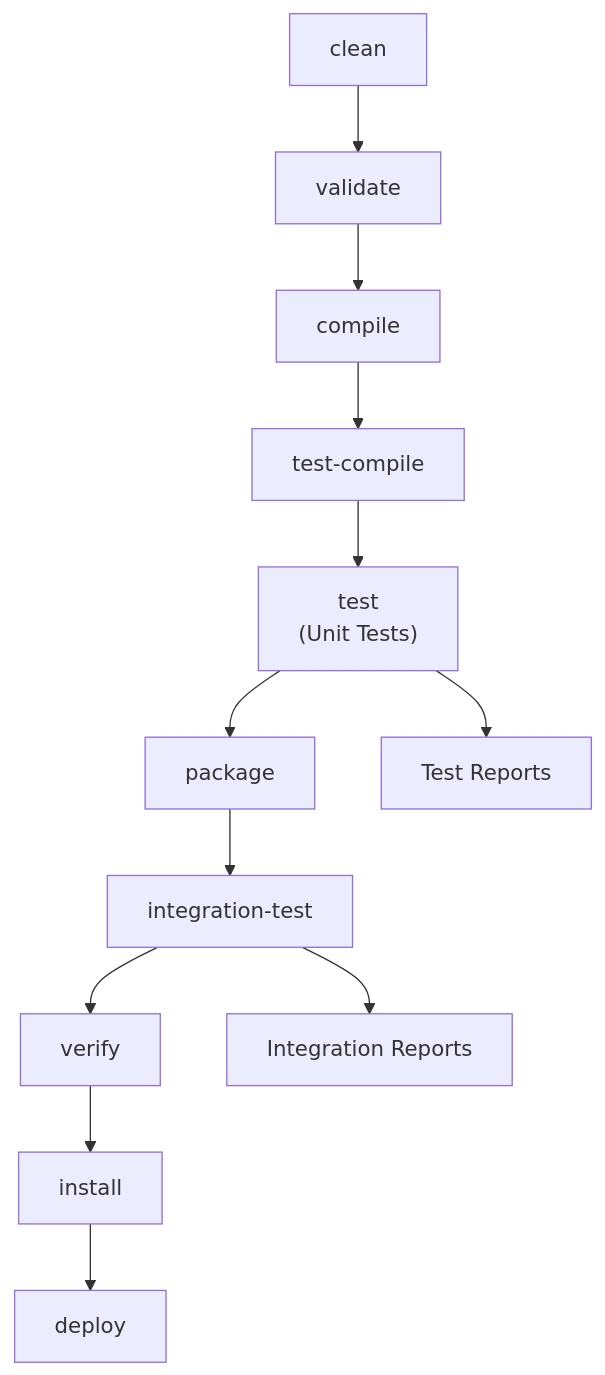
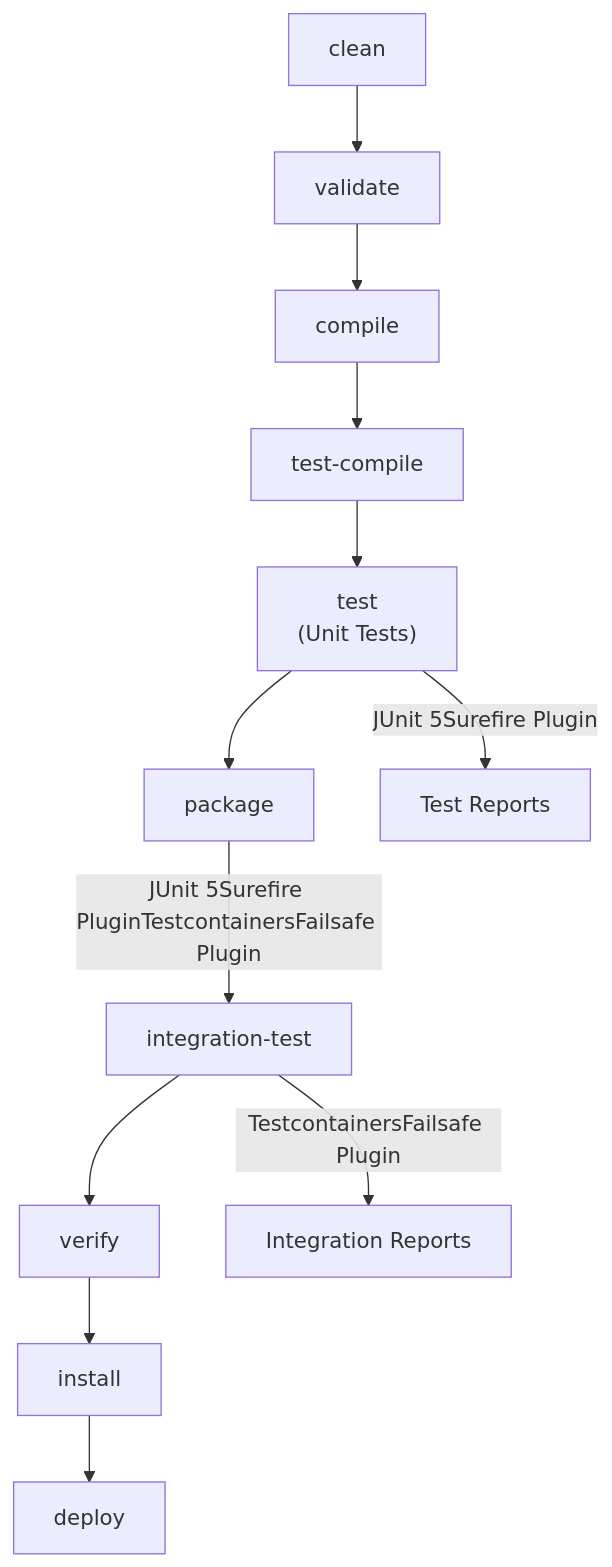
One commit to philipz/spring-modular-monolith changed the first of 4 diagrams in docs/deepwiki/Building-and-Testing.md. Above: the diagram before and after it, drawn with Mermaid. The commit also changed other lines of this file and 55 other files, not shown here.

````diff
--- a/docs/deepwiki/Building-and-Testing.md
+++ b/docs/deepwiki/Building-and-Testing.md
@@ -53,28 +53,28 @@
 ```mermaid
 flowchart TD
 
 Clean["clean"]
 Validate["validate"]
 Compile["compile"]
 TestCompile["test-compile"]
 Test["test<br>(Unit Tests)"]
 Package["package"]
 IntegrationTest["integration-test"]
 Verify["verify"]
 Install["install"]
 Deploy["deploy"]
 TestResults["Test Reports"]
 IntegrationResults["Integration Reports"]
 
 Clean --> Validate
 Validate --> Compile
 Compile --> TestCompile
 TestCompile --> Test
 Test --> Package
-Package --> IntegrationTest
+Package -->|"JUnit 5Surefire PluginTestcontainersFailsafe Plugin"| IntegrationTest
 IntegrationTest --> Verify
 Verify --> Install
 Install --> Deploy
-Test --> TestResults
-IntegrationTest --> IntegrationResults
+Test -->|"JUnit 5Surefire Plugin"| TestResults
+IntegrationTest -->|"TestcontainersFailsafe Plugin"| IntegrationResults
 ```
````
